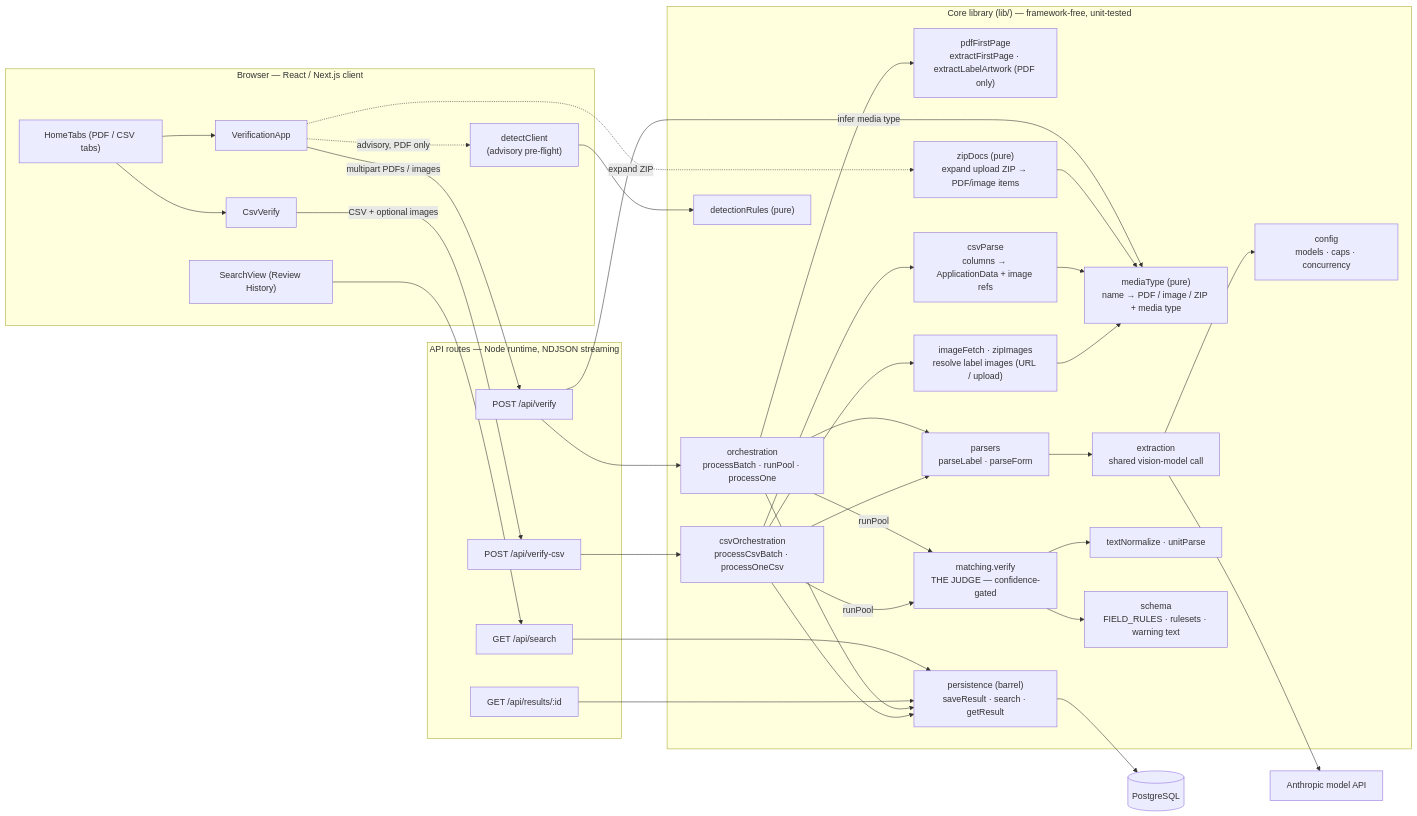
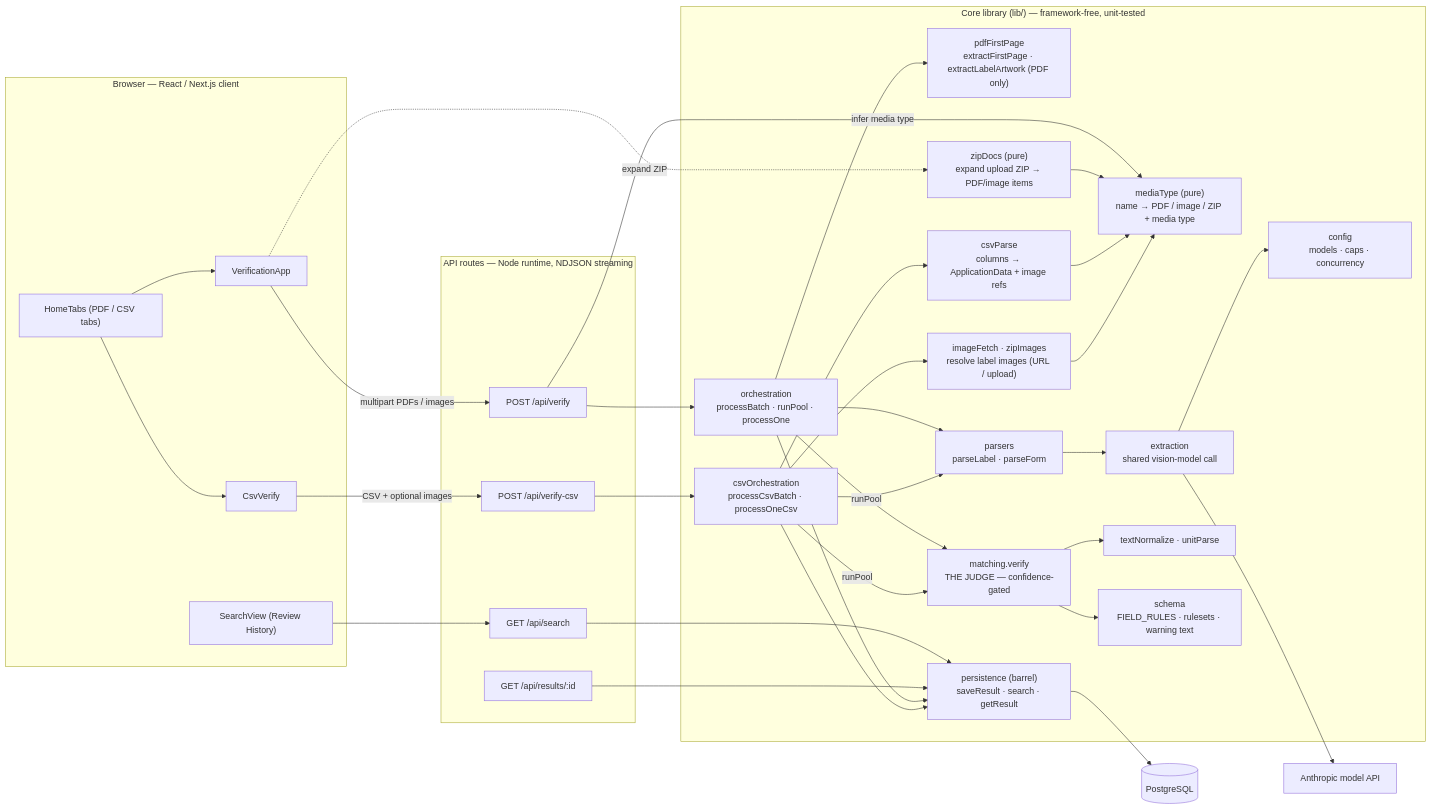
One commit to morganfry/ttb_labels changed the second of 3 diagrams in docs/architecture.md. Above: the diagram before and after it, drawn with Mermaid. The commit also changed other lines of this file and 9 other files, not shown here.

First line of the commit message:
Remove client-side region detection pre-flight

````diff
--- a/docs/architecture.md
+++ b/docs/architecture.md
@@ -64,68 +64,64 @@
 ```mermaid
 %%{init: {'flowchart': {'rankSpacing': 50, 'nodeSpacing': 60}}}%%
 flowchart LR
     subgraph browser["Browser — React / Next.js client"]
         tabs["HomeTabs (PDF / CSV tabs)"]
         pdfui["VerificationApp"]
         csvui["CsvVerify"]
         search["SearchView (Review History)"]
-        detect["detectClient<br/>(advisory pre-flight)"]
     end
 
     subgraph api["API routes — Node runtime, NDJSON streaming"]
         rverify["POST /api/verify"]
         rcsv["POST /api/verify-csv"]
         rsearch["GET /api/search"]
         rresult["GET /api/results/:id"]
     end
 
     subgraph core["Core library (lib/) — framework-free, unit-tested"]
         orch["orchestration<br/>processBatch · runPool · processOne"]
         csvorch["csvOrchestration<br/>processCsvBatch · processOneCsv"]
         slice["pdfFirstPage<br/>extractFirstPage · extractLabelArtwork (PDF only)"]
         zipdocs["zipDocs (pure)<br/>expand upload ZIP → PDF/image items"]
         mediatype["mediaType (pure)<br/>name → PDF / image / ZIP + media type"]
         csvparse["csvParse<br/>columns → ApplicationData + image refs"]
         imgs["imageFetch · zipImages<br/>resolve label images (URL / upload)"]
         parsers["parsers<br/>parseLabel · parseForm"]
         extraction["extraction<br/>shared vision-model call"]
         matching["matching.verify<br/>THE JUDGE — confidence-gated"]
         helpers["textNormalize · unitParse"]
         schema["schema<br/>FIELD_RULES · rulesets · warning text"]
         config["config<br/>models · caps · concurrency"]
         persistence["persistence (barrel)<br/>saveResult · search · getResult"]
-        detrules["detectionRules (pure)"]
     end
 
     db[("PostgreSQL")]
     model["Anthropic model API"]
 
     tabs --> pdfui & csvui
     pdfui -->|"multipart PDFs / images"| rverify
     csvui -->|"CSV + optional images"| rcsv
     search --> rsearch
-    pdfui -. advisory, PDF only .-> detect
     pdfui -. expand ZIP .-> zipdocs
-    detect --> detrules
 
     rverify --> orch
     rverify -->|"infer media type"| mediatype
     rcsv --> csvorch
     rsearch --> persistence
     rresult --> persistence
 
     orch --> slice & parsers
     zipdocs --> mediatype
     csvparse --> mediatype
     imgs --> mediatype
     csvorch --> csvparse & imgs & parsers
     orch -->|"runPool"| matching
     csvorch -->|"runPool"| matching
     orch --> persistence
     csvorch --> persistence
 
     parsers --> extraction --> model
     extraction --> config
     matching --> schema & helpers
     persistence --> db
 ```
````
